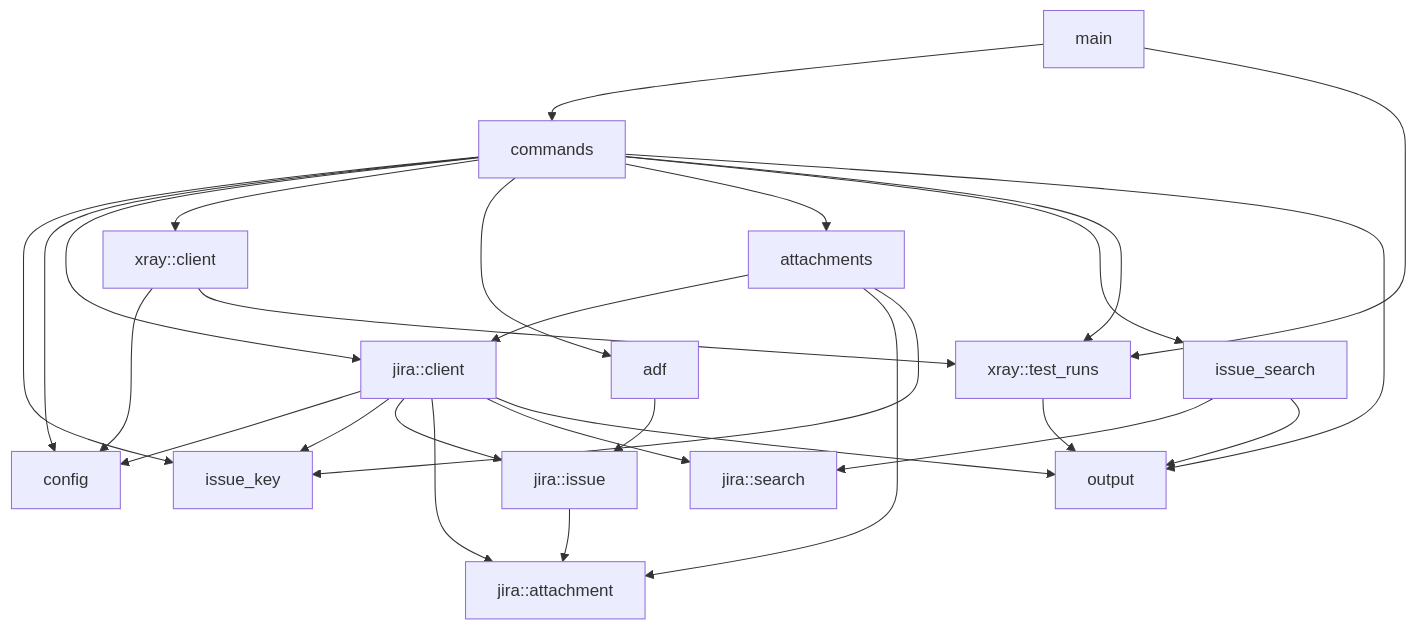
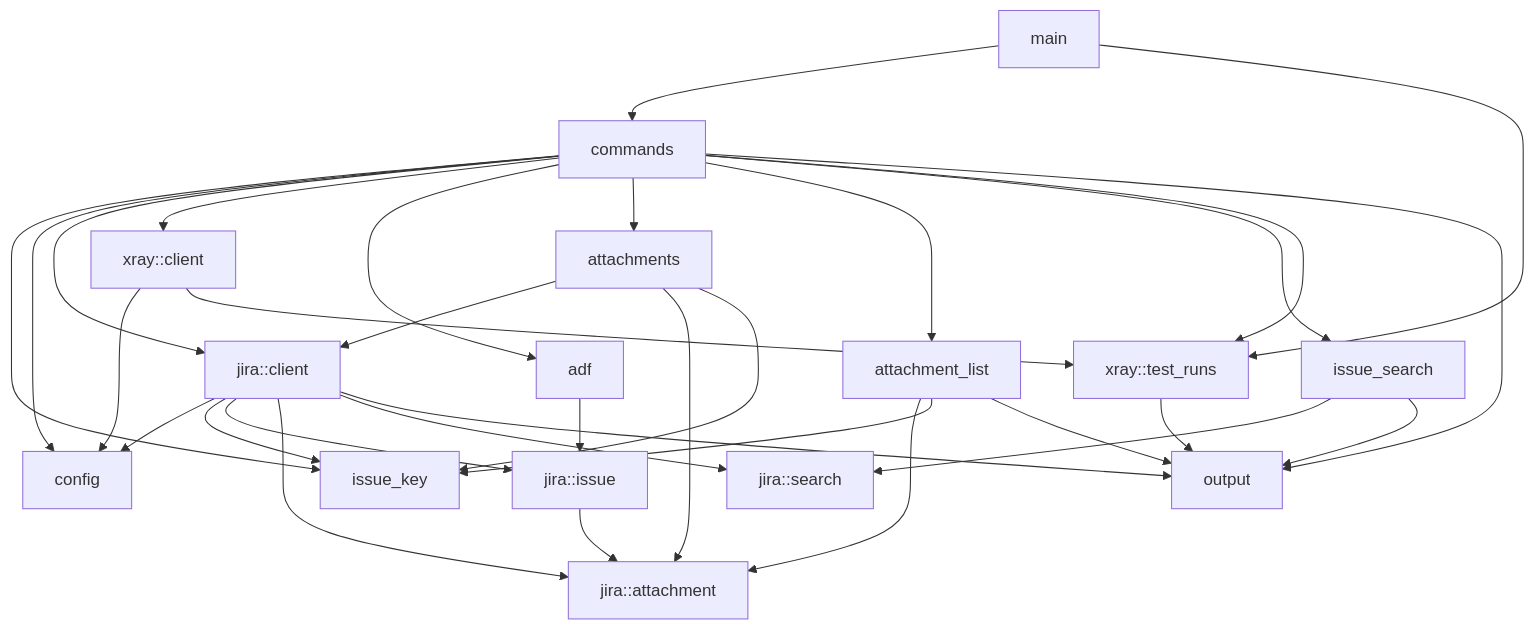
One commit to remshams/jira-adapter changed the second of 2 diagrams in docs/architecture.md. Above: the diagram before and after it, drawn with Mermaid. The commit also changed other lines of this file and 1 other file, not shown here.

First line of the commit message:
docs(Architecture): document attachments list and download

````diff
--- a/docs/architecture.md
+++ b/docs/architecture.md
@@ -114,30 +118,34 @@
 ```mermaid
 flowchart TD
     Main[main] --> Commands[commands]
     Main --> TestRuns[xray::test_runs]
     Commands --> IssueKey[issue_key]
     Commands --> Config[config]
     Commands --> JiraClient[jira::client]
     Commands --> XrayClient[xray::client]
     Commands --> Adf[adf]
     Commands --> Attachments[attachments]
+    Commands --> AttachmentList[attachment_list]
     Commands --> IssueSearch[issue_search]
     Commands --> TestRuns
     Commands --> Output[output]
     Adf --> JiraModels[jira::issue]
     Attachments --> JiraClient
     Attachments --> JiraAttachment[jira::attachment]
     Attachments --> IssueKey
     IssueSearch --> JiraSearch[jira::search]
+    AttachmentList --> JiraAttachment
+    AttachmentList --> IssueKey
+    AttachmentList --> Output
     IssueSearch --> Output
     JiraClient --> Config
     JiraClient --> IssueKey
     JiraClient --> JiraModels
     JiraModels --> JiraAttachment
     JiraClient --> JiraAttachment
     JiraClient --> JiraSearch
     JiraClient --> Output
     XrayClient --> Config
     XrayClient --> TestRuns
     TestRuns --> Output
 ```
````
